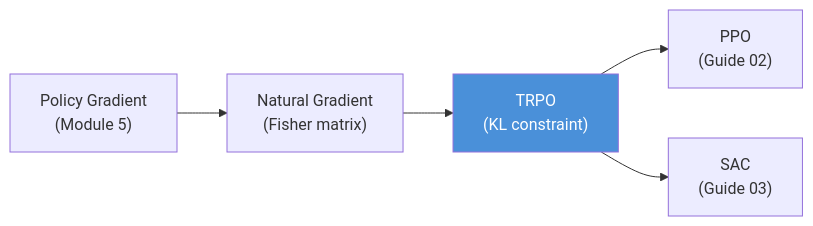
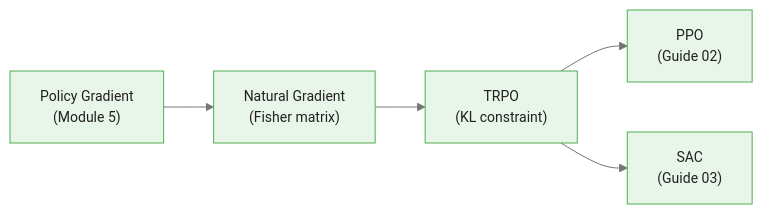
The second of 2 diagrams in courses/reinforcement-learning/modules/module_07_advanced_policy_optimization/guides/01_trust_regions_slides.md (m-deane/course-creator), drawn with Mermaid before and after one commit. The commit also changed other lines of this file and 131 other files, not shown here.

````diff
--- a/courses/reinforcement-learning/modules/module_07_advanced_policy_optimization/guides/01_trust_regions_slides.md
+++ b/courses/reinforcement-learning/modules/module_07_advanced_policy_optimization/guides/01_trust_regions_slides.md
@@ -330,8 +386,8 @@
 ```mermaid
+%%{init: {"theme": "base", "themeVariables": {"primaryColor": "#e8f5e9", "primaryBorderColor": "#4caf50", "primaryTextColor": "#212121", "secondaryColor": "#e3f2fd", "tertiaryColor": "#fff8e1", "lineColor": "#757575", "fontFamily": "Inter, sans-serif", "fontSize": "14px"}}}%%
 graph LR
     A["Policy Gradient\n(Module 5)"] --> B["Natural Gradient\n(Fisher matrix)"]
     B --> C["TRPO\n(KL constraint)"]
     C --> D["PPO\n(Guide 02)"]
     C --> E["SAC\n(Guide 03)"]
-    style C fill:#4A90D9,color:#fff
 ```
````
